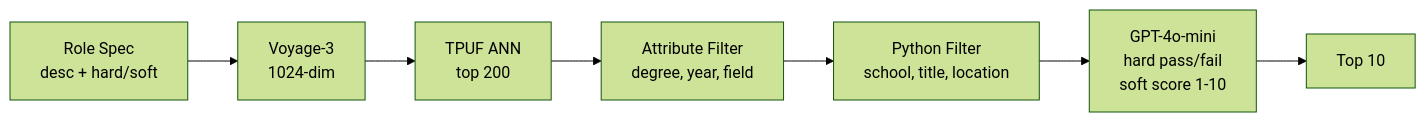
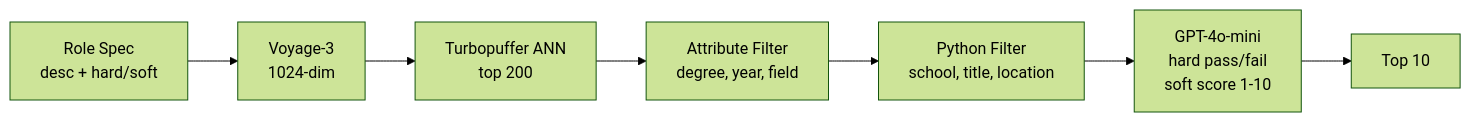
Before and after one commit to jameswniu/candidate-search-vector-rerank-semantics: the diagram in README.md, drawn with Mermaid (forest theme). The commit also changed other lines of this file, not shown here.

Commit message:
replace TPUF abbreviation with Turbopuffer throughout README

````diff
--- a/README.md
+++ b/README.md
@@ -23,9 +23,9 @@
 ```mermaid
 flowchart LR
     Q["Role Spec<br/>desc + hard/soft"] --> EMB["Voyage-3<br/>1024-dim"]
-    EMB --> TPUF["TPUF ANN<br/>top 200"]
-    TPUF --> AF["Attribute Filter<br/>degree, year, field"]
+    EMB --> Turbopuffer["Turbopuffer ANN<br/>top 200"]
+    Turbopuffer --> AF["Attribute Filter<br/>degree, year, field"]
     AF --> PF["Python Filter<br/>school, title, location"]
     PF --> LLM["GPT-4o-mini<br/>hard pass/fail<br/>soft score 1-10"]
     LLM --> TOP["Top 10"]
 ```
````
